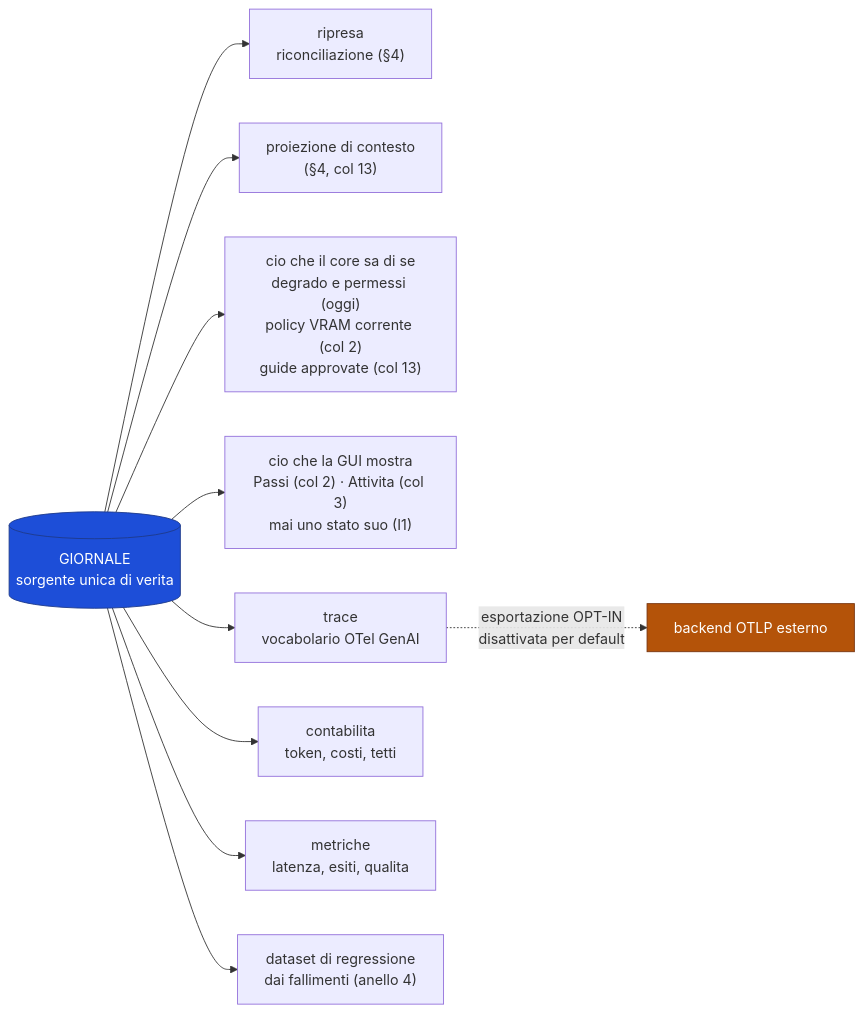
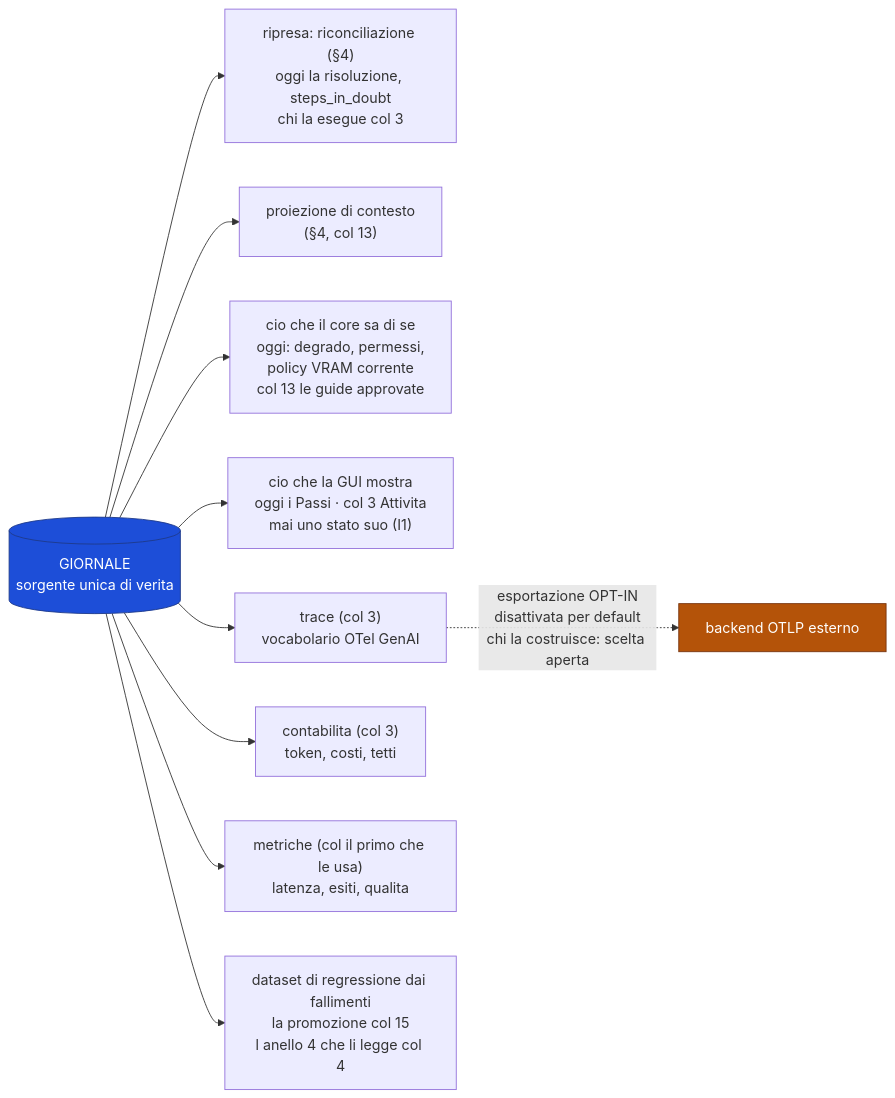
One commit to devfrx/daemon changed the second of 2 diagrams in docs/design/07-osservabilita-e-degrado.md. Above: the diagram before and after it, drawn with Mermaid. The commit also changed other lines of this file and 1 other file, not shown here.

First line of the commit message:
audit(2026-09-30): i diagrammi 07 e 08 dicono il vero di oggi, col segno (col N) su ciò che è deciso e non costruito

````diff
--- a/docs/design/07-osservabilita-e-degrado.md
+++ b/docs/design/07-osservabilita-e-degrado.md
@@ -79,20 +87,20 @@
 ```mermaid
 flowchart LR
     J[("GIORNALE<br/>sorgente unica di verita")]
 
-    J --> R["ripresa<br/>riconciliazione (§4)"]
+    J --> R["ripresa: riconciliazione (§4)<br/>oggi la risoluzione, steps_in_doubt<br/>chi la esegue col 3"]
     J --> P["proiezione di contesto<br/>(§4, col 13)"]
-    J --> K["cio che il core sa di se<br/>degrado e permessi (oggi)<br/>policy VRAM corrente (col 2)<br/>guide approvate (col 13)"]
-    J --> G["cio che la GUI mostra<br/>Passi (col 2) · Attivita (col 3)<br/>mai uno stato suo (I1)"]
-    J --> T["trace<br/>vocabolario OTel GenAI"]
-    J --> C["contabilita<br/>token, costi, tetti"]
-    J --> M["metriche<br/>latenza, esiti, qualita"]
-    J --> D["dataset di regressione<br/>dai fallimenti (anello 4)"]
+    J --> K["cio che il core sa di se<br/>oggi: degrado, permessi,<br/>policy VRAM corrente<br/>col 13 le guide approvate"]
+    J --> G["cio che la GUI mostra<br/>oggi i Passi · col 3 Attivita<br/>mai uno stato suo (I1)"]
+    J --> T["trace (col 3)<br/>vocabolario OTel GenAI"]
+    J --> C["contabilita (col 3)<br/>token, costi, tetti"]
+    J --> M["metriche (col il primo che le usa)<br/>latenza, esiti, qualita"]
+    J --> D["dataset di regressione dai fallimenti<br/>la promozione col 15<br/>l anello 4 che li legge col 4"]
 
-    T -.->|"esportazione OPT-IN<br/>disattivata per default"| X["backend OTLP esterno"]
+    T -.->|"esportazione OPT-IN<br/>disattivata per default<br/>chi la costruisce: scelta aperta"| X["backend OTLP esterno"]
 
     classDef src fill:#1d4ed8,stroke:#1e3a8a,color:#fff
     classDef out fill:#b45309,stroke:#78350f,color:#fff
     class J src
     class X out
 ```
````
